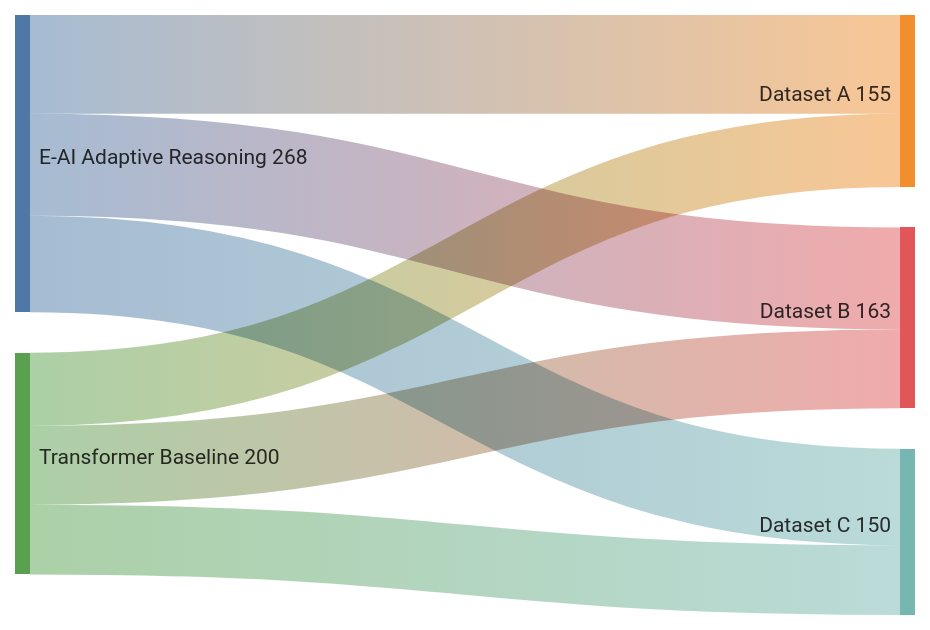
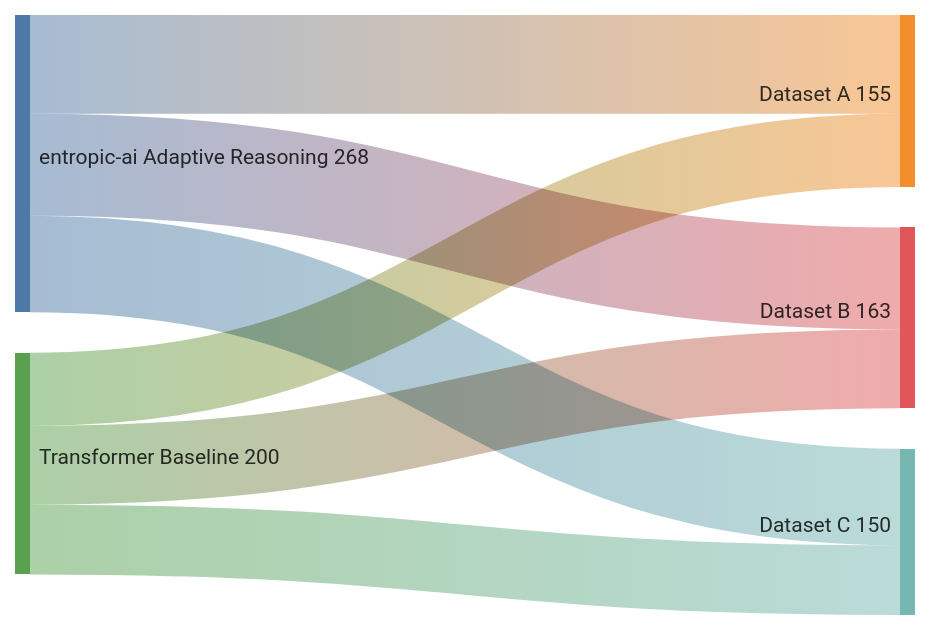
Diagram 17 of 32 in docs/about/paper.md (krish567366/Entropic-AI), drawn with Mermaid before and after one commit. The commit also changed other lines of this file and 37 other files, not shown here.

````diff
--- a/docs/about/paper.md
+++ b/docs/about/paper.md
@@ -531,9 +531,9 @@
 ```mermaid
 sankey-beta
-    E-AI Adaptive Reasoning,Dataset A,89
-    E-AI Adaptive Reasoning,Dataset B,92
-    E-AI Adaptive Reasoning,Dataset C,87
+    entropic-ai Adaptive Reasoning,Dataset A,89
+    entropic-ai Adaptive Reasoning,Dataset B,92
+    entropic-ai Adaptive Reasoning,Dataset C,87
     Transformer Baseline,Dataset A,66
     Transformer Baseline,Dataset B,71
     Transformer Baseline,Dataset C,63
 ```
````
